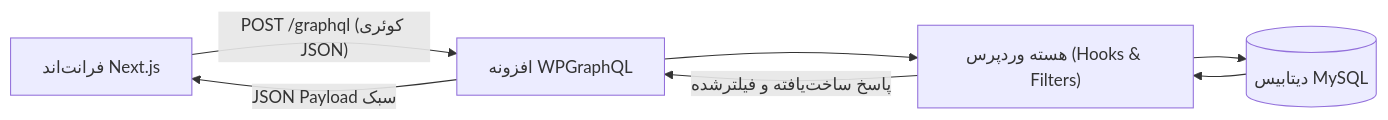
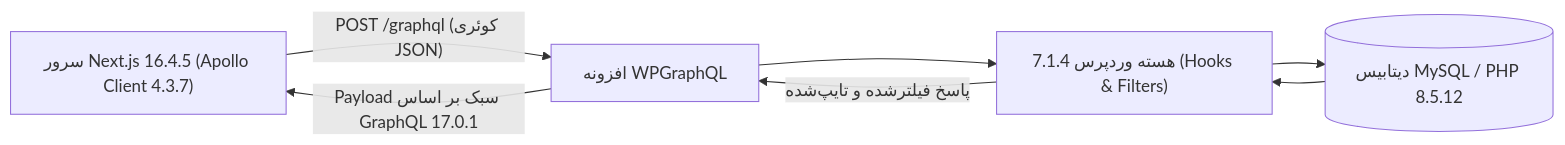
The diagram in book/04-api-setup-cors.md (herehossein/headlessWP-nextJS), drawn with Mermaid before and after one commit. The commit also changed other lines of this file and 4 other files, not shown here.

````diff
--- a/book/04-api-setup-cors.md
+++ b/book/04-api-setup-cors.md
@@ -24,9 +21,9 @@
 ```mermaid
 flowchart LR
-    Browser["فرانت‌اند Next.js"] -->|"POST /graphql (کوئری JSON)"| WP_GQL["افزونه WPGraphQL"]
-    WP_GQL --> WP_Core["هسته وردپرس (Hooks & Filters)"]
-    WP_Core --> DB[(دیتابیس MySQL)]
+    Next["سرور Next.js 16.4.5 (Apollo Client 4.3.7)"] -->|"POST /graphql (کوئری JSON)"| WP_GQL["افزونه WPGraphQL"]
+    WP_GQL --> WP_Core["هسته وردپرس 7.1.4 (Hooks & Filters)"]
+    WP_Core --> DB[(دیتابیس MySQL / PHP 8.5.12)]
     DB --> WP_Core
-    WP_Core -->|"پاسخ ساخت‌یافته و فیلترشده"| WP_GQL
-    WP_GQL -->|"JSON Payload سبک"| Browser
+    WP_Core -->|"پاسخ فیلترشده و تایپ‌شده"| WP_GQL
+    WP_GQL -->|"Payload سبک بر اساس GraphQL 17.0.1"| Next
 ```
````
